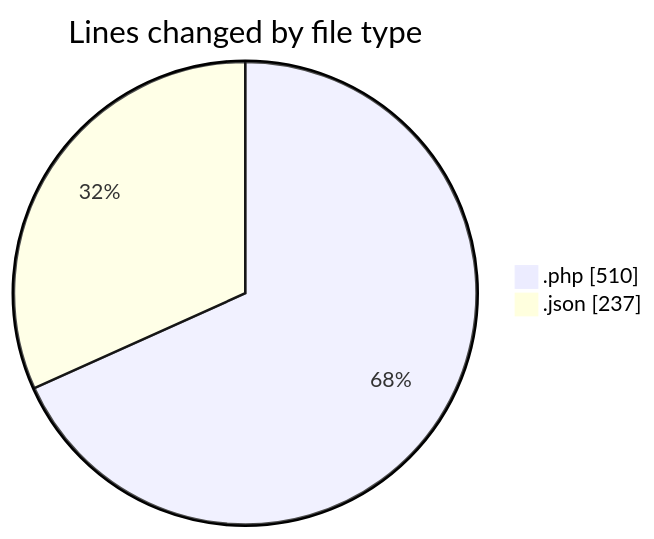
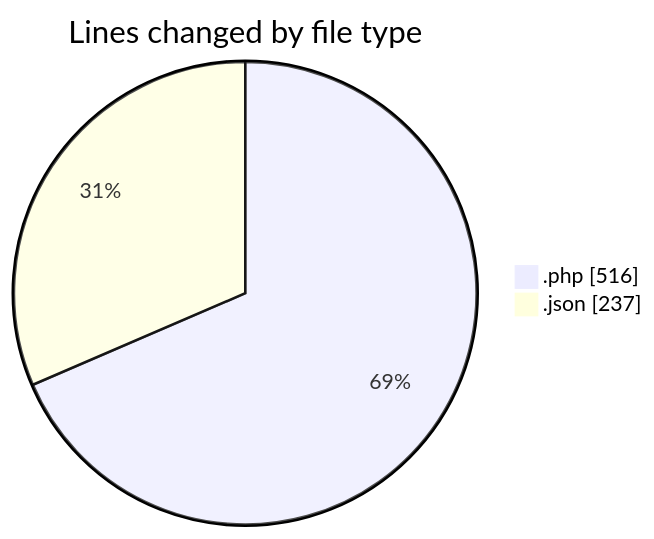
One commit to idhammustaqopulfikri/code-tracking changed the first of 2 diagrams in 2025-05-30/studio-backend/README.md. Above: the diagram before and after it, drawn with Mermaid. The commit also changed other lines of this file and 1 other file, not shown here.

````diff
--- a/2025-05-30/studio-backend/README.md
+++ b/2025-05-30/studio-backend/README.md
@@ -27,6 +27,6 @@
 ```mermaid
 pie showData
 title Lines changed by file type
-".php" : 510
+".php" : 516
 ".json" : 237
 ```
````
